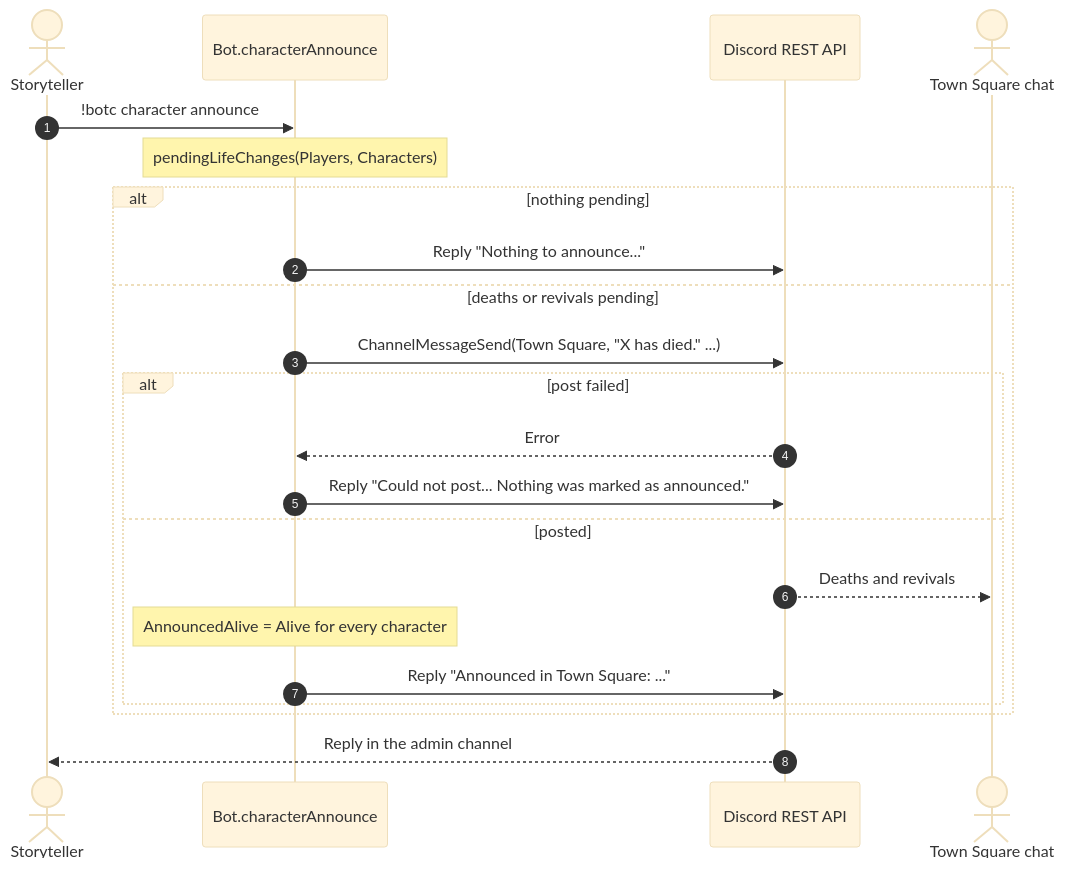
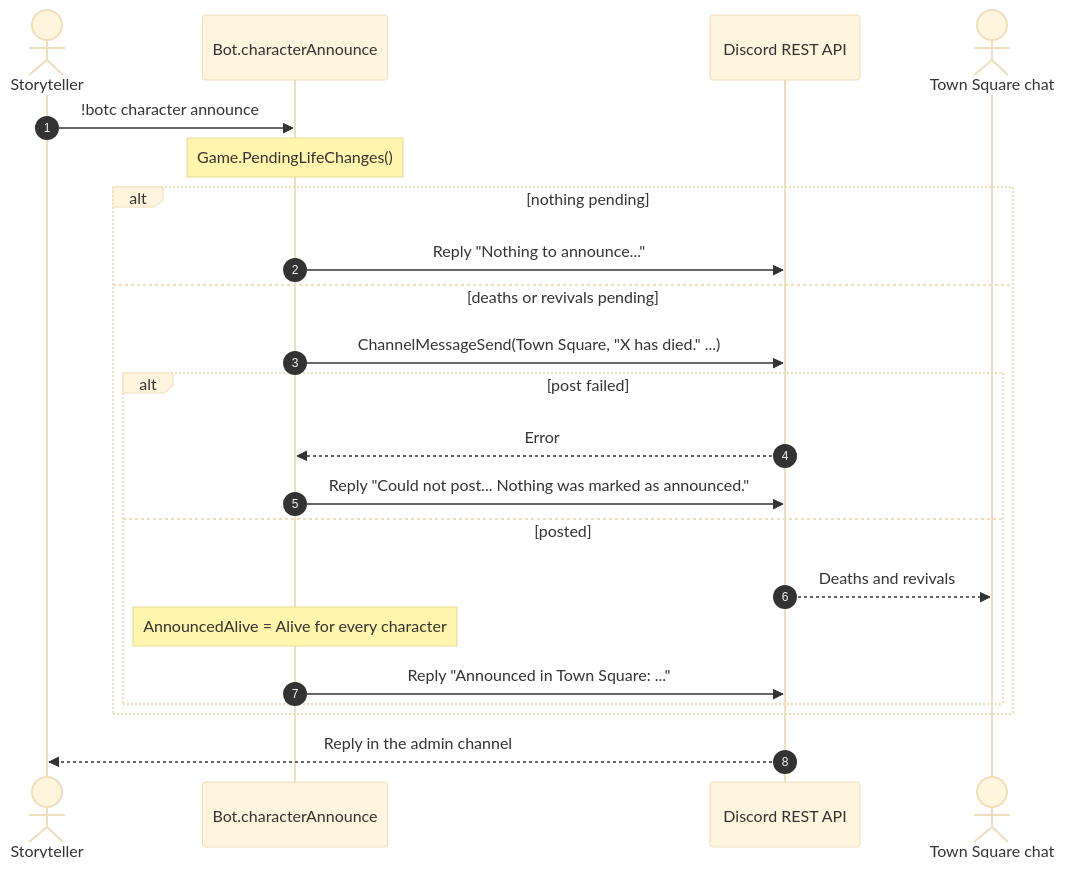
One commit to RAGNOARAKNOS/BotOnTheClocktower changed the sixth of 9 diagrams in docs/uml/characters.md. Above: the diagram before and after it, drawn with Mermaid (base theme). The commit also changed other lines of this file and 33 other files, not shown here.

````diff
--- a/docs/uml/characters.md
+++ b/docs/uml/characters.md
@@ -145,25 +145,25 @@
 ```mermaid
 sequenceDiagram
     autonumber
     actor ST as Storyteller
     participant Bot as Bot.characterAnnounce
     participant REST as Discord REST API
     actor Town as Town Square chat
 
     ST->>Bot: !botc character announce
-    Note over Bot: pendingLifeChanges(Players, Characters)
+    Note over Bot: Game.PendingLifeChanges()
     alt nothing pending
         Bot->>REST: Reply "Nothing to announce..."
     else deaths or revivals pending
         Bot->>REST: ChannelMessageSend(Town Square, "X has died." ...)
         alt post failed
             REST-->>Bot: Error
             Bot->>REST: Reply "Could not post... Nothing was marked as announced."
         else posted
             REST-->>Town: Deaths and revivals
             Note over Bot: AnnouncedAlive = Alive for every character
             Bot->>REST: Reply "Announced in Town Square: ..."
         end
     end
     REST-->>ST: Reply in the admin channel
 ```
````
